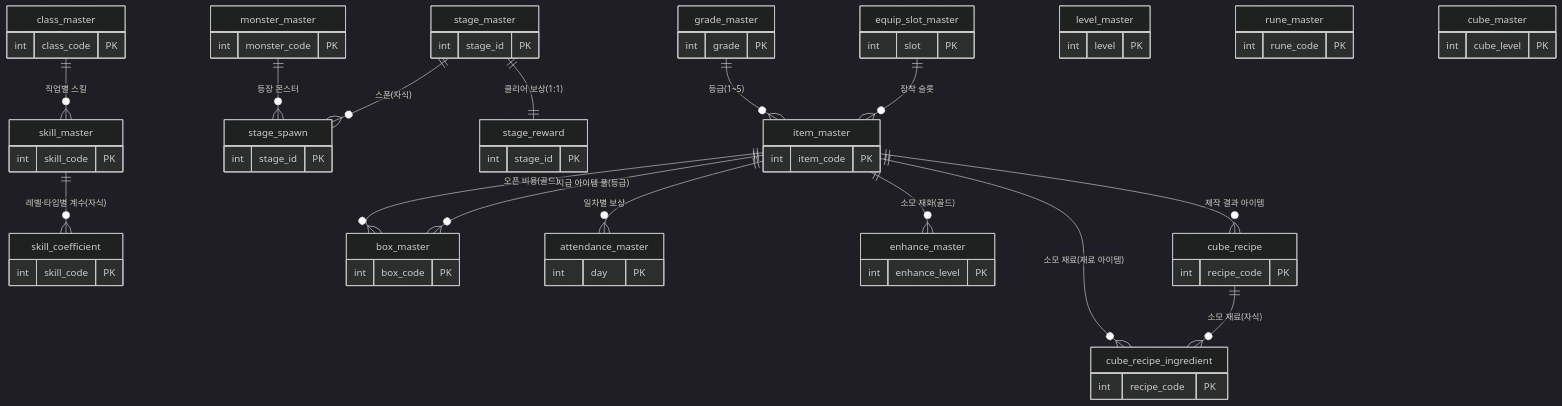
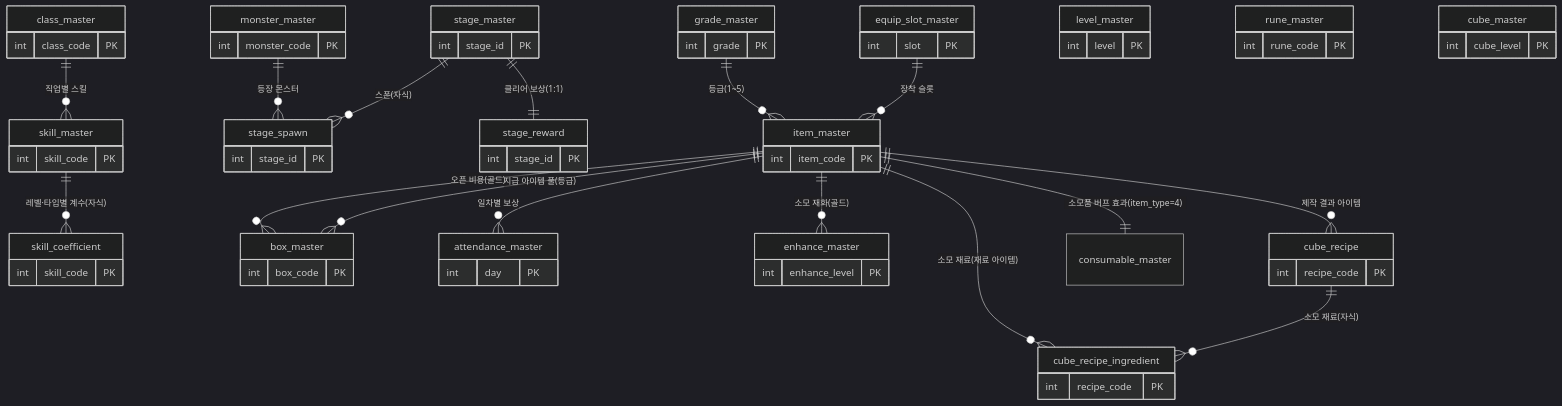
The diagram in docs/세부/master-data/master-data-기획서.md (ks-wook/com2us-taskbar-hero), drawn with Mermaid (dark theme) before and after one commit. The commit also changed other lines of this file and 18 other files, not shown here.

````diff
--- a/docs/세부/master-data/master-data-기획서.md
+++ b/docs/세부/master-data/master-data-기획서.md
@@ -60,36 +61,37 @@
 ```mermaid
 erDiagram
     class_master     ||--o{ skill_master      : "직업별 스킬"
     skill_master     ||--o{ skill_coefficient : "레벨·타입별 계수(자식)"
     stage_master     ||--o{ stage_spawn        : "스폰(자식)"
     monster_master   ||--o{ stage_spawn        : "등장 몬스터"
     stage_master     ||--|| stage_reward       : "클리어 보상(1:1)"
     item_master      ||--o{ box_master         : "지급 아이템 풀(등급)"
     item_master      ||--o{ attendance_master  : "일차별 보상"
     equip_slot_master||--o{ item_master        : "장착 슬롯"
     grade_master     ||--o{ item_master        : "등급(1~5)"
     item_master      ||--o{ enhance_master     : "소모 재화(골드)"
     item_master      ||--o{ box_master         : "오픈 비용(골드)"
     cube_recipe      ||--o{ cube_recipe_ingredient : "소모 재료(자식)"
     item_master      ||--o{ cube_recipe        : "제작 결과 아이템"
     item_master      ||--o{ cube_recipe_ingredient : "소모 재료(재료 아이템)"
+    item_master      ||--|| consumable_master  : "소모품 버프 효과(item_type=4)"
 
     class_master { int class_code PK }
     level_master { int level PK }
     item_master { int item_code PK }
     equip_slot_master { int slot PK }
     grade_master { int grade PK }
     enhance_master { int enhance_level PK }
     skill_master { int skill_code PK }
     skill_coefficient { int skill_code PK }
     rune_master { int rune_code PK }
     monster_master { int monster_code PK }
     stage_master { int stage_id PK }
     stage_spawn { int stage_id PK }
     stage_reward { int stage_id PK }
     cube_master { int cube_level PK }
     cube_recipe { int recipe_code PK }
     cube_recipe_ingredient { int recipe_code PK }
     box_master { int box_code PK }
     attendance_master { int day PK }
 ```
````
